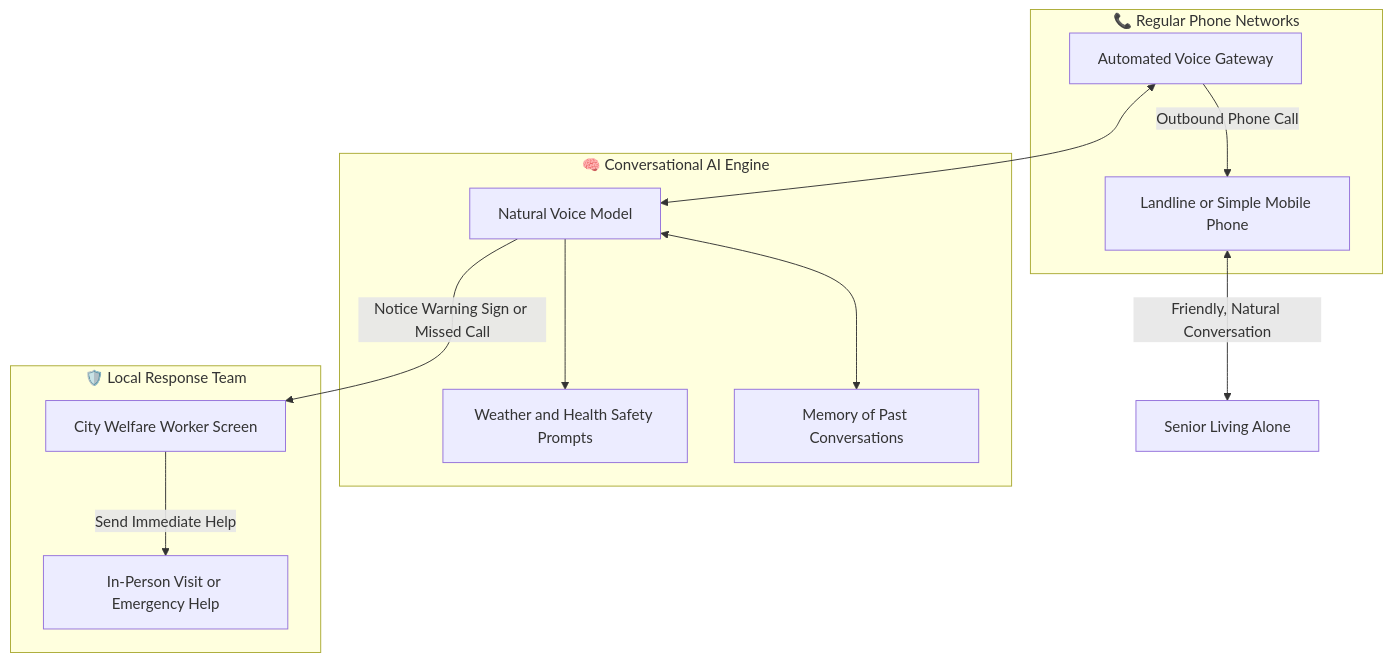
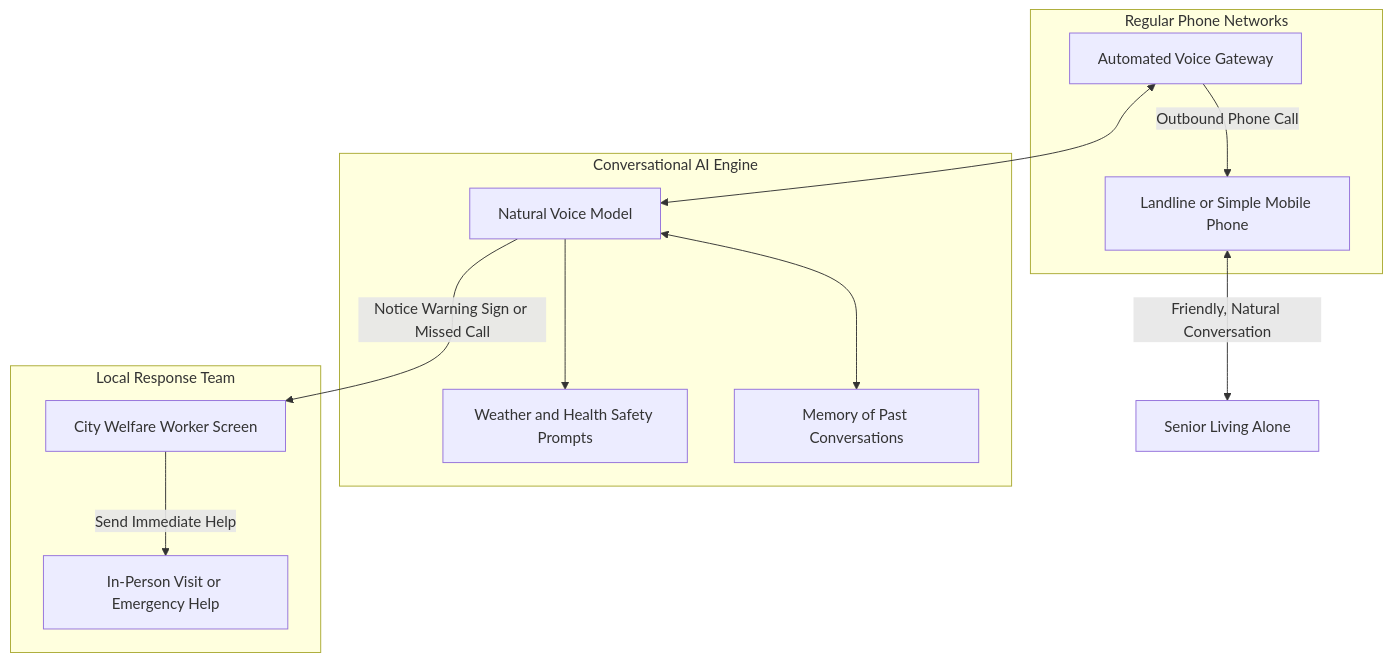
One commit to sagar-anmol/gcfp changed the diagram in wiki/src/content/docs/book/02-global-evidence-korea-deepdive.md. Above: the diagram before and after it, drawn with Mermaid. The commit also changed other lines of this file and 20 other files, not shown here.

````diff
--- a/wiki/src/content/docs/book/02-global-evidence-korea-deepdive.md
+++ b/wiki/src/content/docs/book/02-global-evidence-korea-deepdive.md
@@ -27,26 +27,26 @@
 ```mermaid
 flowchart TD
-    subgraph Phone_Lines ["📞 Regular Phone Networks"]
+ subgraph Phone_Lines ["Regular Phone Networks"]
         Phone["Landline or Simple Mobile Phone"]
         Gateway["Automated Voice Gateway"]
     end
 
-    subgraph AI_Engine ["🧠 Conversational AI Engine"]
+ subgraph AI_Engine ["Conversational AI Engine"]
         Brain["Natural Voice Model"]
         Memory["Memory of Past Conversations"]
         Alerts["Weather and Health Safety Prompts"]
     end
 
-    subgraph Community_Safety ["🛡️ Local Response Team"]
+ subgraph Community_Safety ["Local Response Team"]
         Dashboard["City Welfare Worker Screen"]
         Visit["In-Person Visit or Emergency Help"]
     end
 
     Gateway -->|Outbound Phone Call| Phone
     Phone <-->|Friendly, Natural Conversation| Senior["Senior Living Alone"]
     Gateway <--> Brain
     Brain <--> Memory
     Brain --> Alerts
     Brain -->|Notice Warning Sign or Missed Call| Dashboard
     Dashboard -->|Send Immediate Help| Visit
 ```
````
